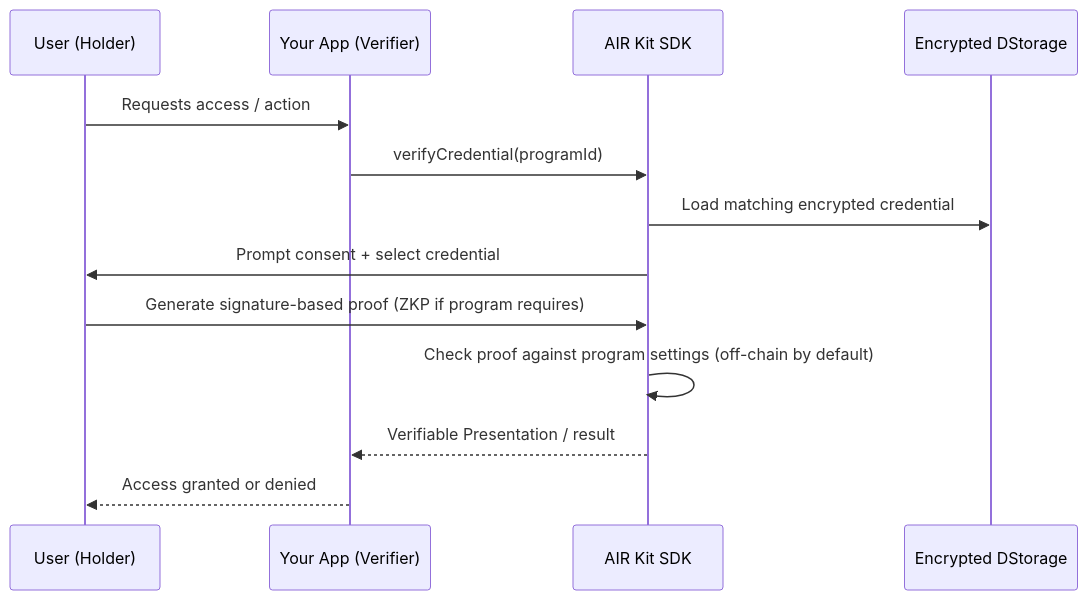
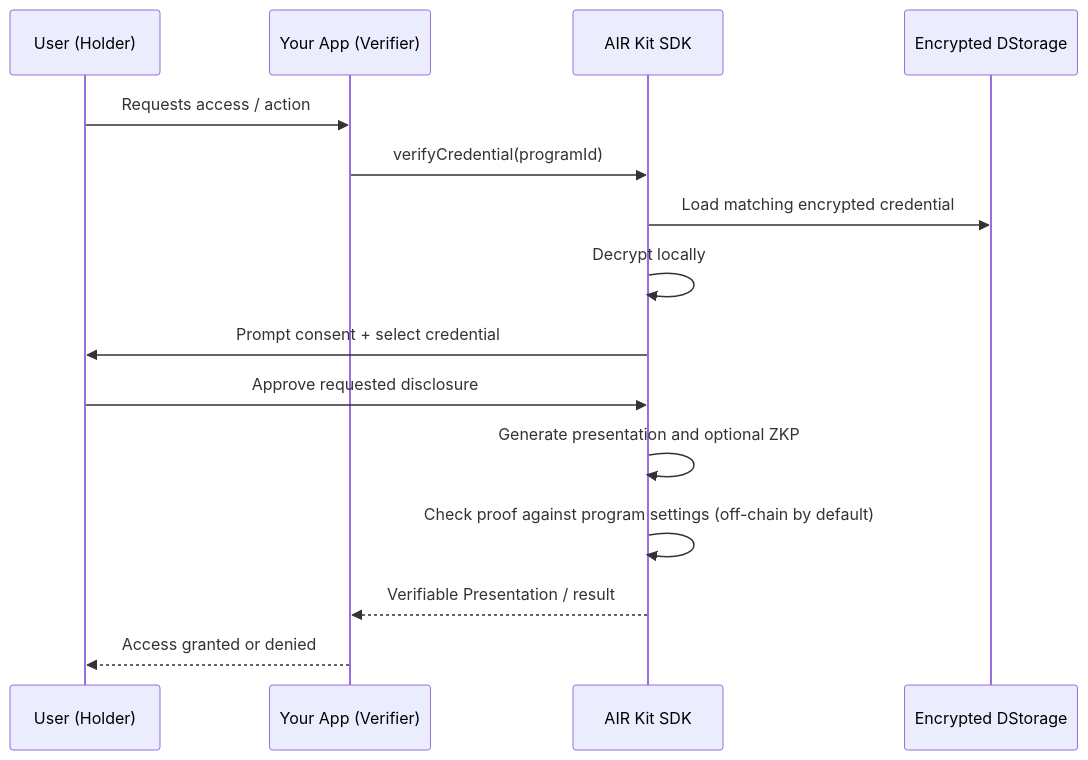
Before and after one commit to MocaNetwork/docs: the fourth of 6 diagrams in learn/architecture.mdx, drawn with Mermaid. The commit also changed other lines of this file and 34 other files, not shown here.

````diff
--- a/learn/architecture.mdx
+++ b/learn/architecture.mdx
@@ -84,16 +90,18 @@
 ```mermaid
 sequenceDiagram
     participant U as User (Holder)
     participant App as Your App (Verifier)
     participant SDK as AIR Kit SDK
     participant DS as Encrypted DStorage
 
     U->>App: Requests access / action
     App->>SDK: verifyCredential(programId)
     SDK->>DS: Load matching encrypted credential
+    SDK->>SDK: Decrypt locally
     SDK->>U: Prompt consent + select credential
-    U->>SDK: Generate signature-based proof (ZKP if program requires)
+    U->>SDK: Approve requested disclosure
+    SDK->>SDK: Generate presentation and optional ZKP
     SDK->>SDK: Check proof against program settings (off-chain by default)
     SDK-->>App: Verifiable Presentation / result
     App-->>U: Access granted or denied
 ```
````
